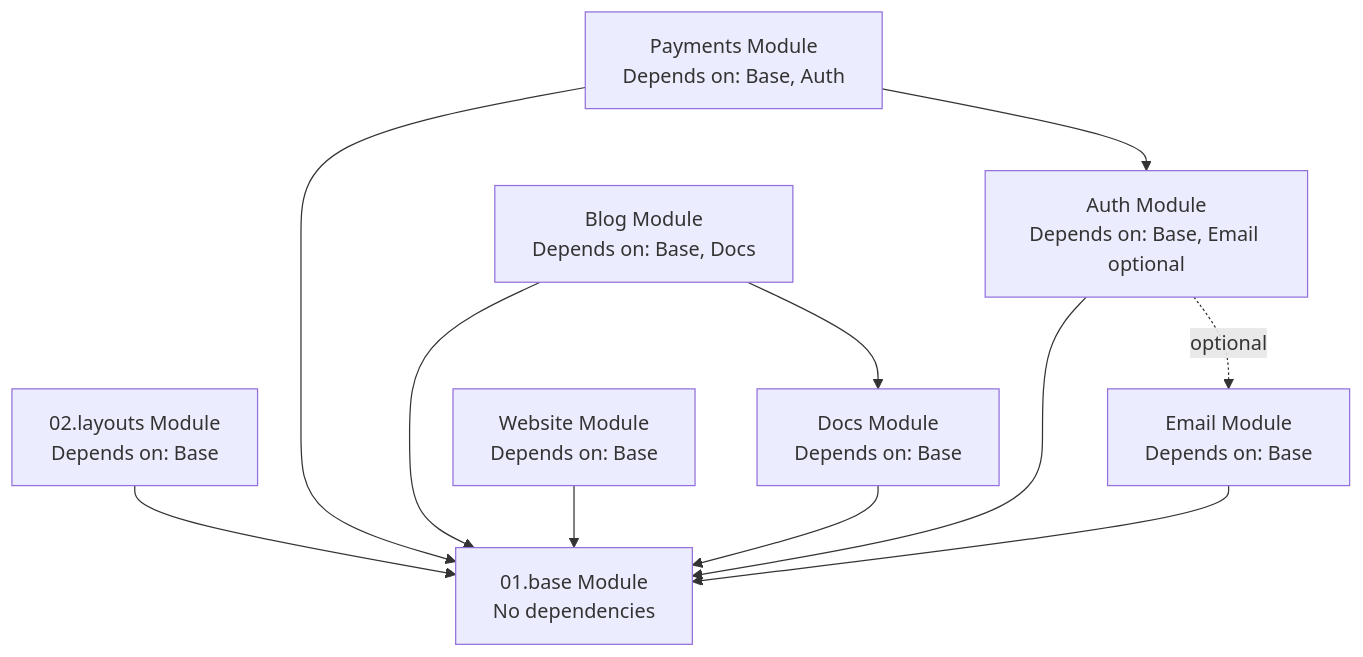
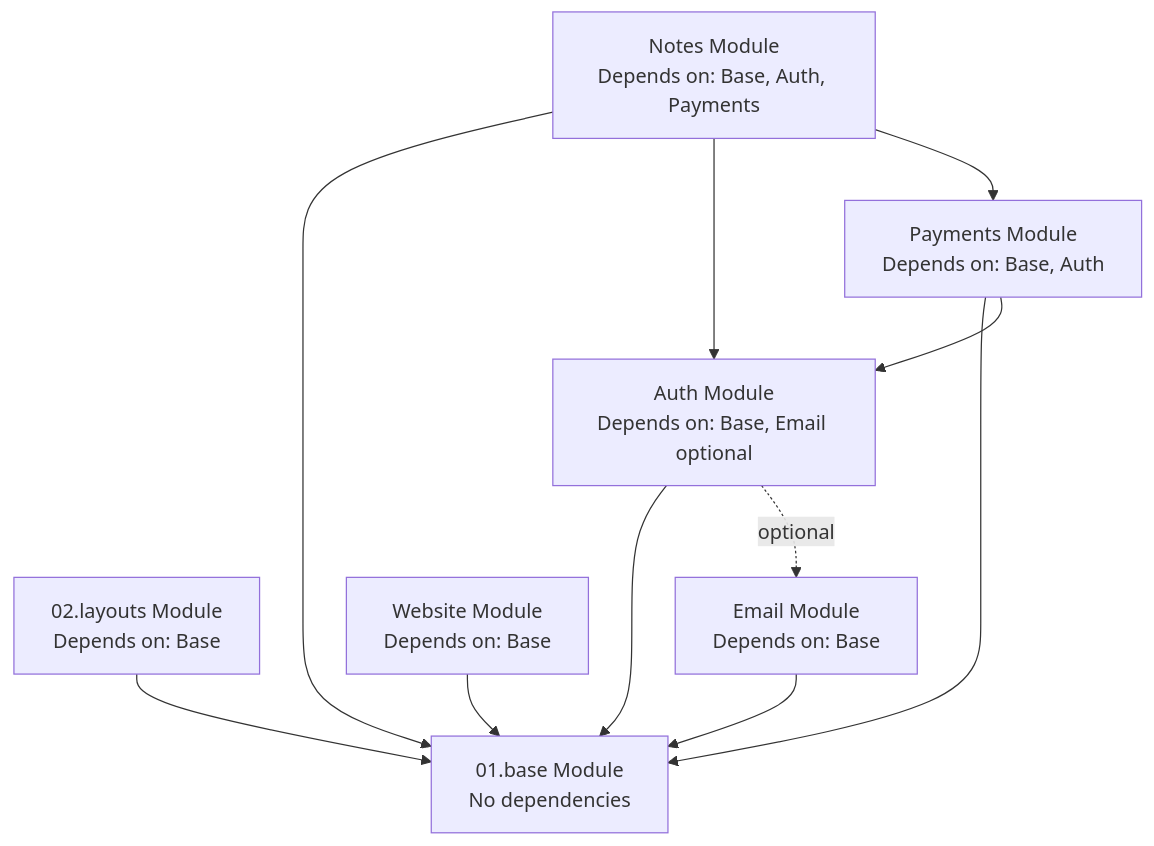
One commit to jd-solanki/lekhan-internal-sync changed the diagram in docs/README.md. Above: the diagram before and after it, drawn with Mermaid. The commit also changed other lines of this file and 57 other files, not shown here.

````diff
--- a/docs/README.md
+++ b/docs/README.md
@@ -239,22 +358,21 @@
 ```mermaid
 graph TD
     Base[01.base Module<br/>No dependencies]
     Layouts[02.layouts Module<br/>Depends on: Base]
     Auth[Auth Module<br/>Depends on: Base, Email optional]
-    Blog[Blog Module<br/>Depends on: Base, Docs]
-    Docs[Docs Module<br/>Depends on: Base]
+    Notes[Notes Module<br/>Depends on: Base, Auth, Payments]
     Email[Email Module<br/>Depends on: Base]
     Payments[Payments Module<br/>Depends on: Base, Auth]
     Website[Website Module<br/>Depends on: Base]
     
     Layouts --> Base
     Auth --> Base
     Auth -.->|optional| Email
-    Blog --> Base
-    Blog --> Docs
-    Docs --> Base
+    Notes --> Base
+    Notes --> Auth
+    Notes --> Payments
     Email --> Base
     Payments --> Base
     Payments --> Auth
     Website --> Base
 ```
````
